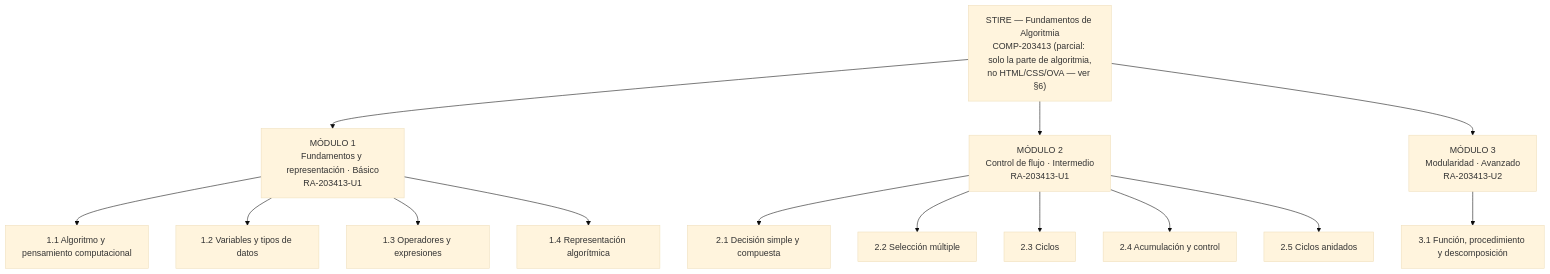
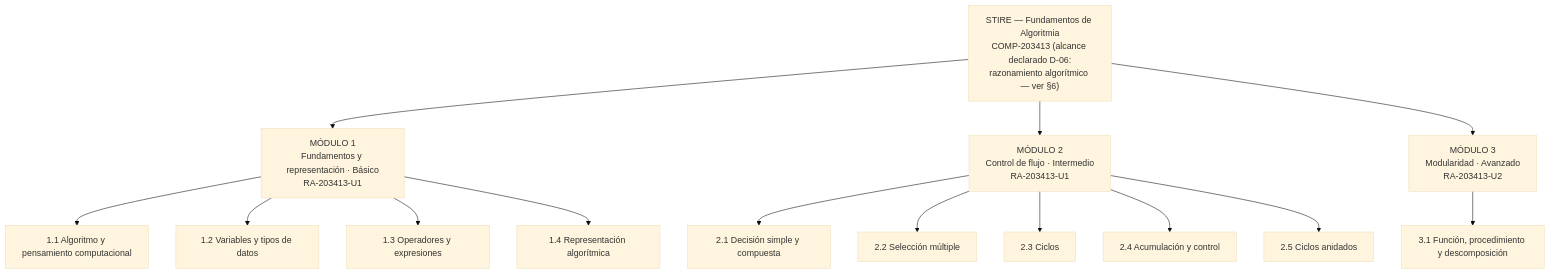
The diagram in docs/modesec/contenidos/3.1_DIAGRAMA_CONTENIDOS.md (Jeider-Gomez/Stire-Soft), drawn with Mermaid (base theme) before and after one commit. The commit also changed other lines of this file and 2 other files, not shown here.

````diff
--- a/docs/modesec/contenidos/3.1_DIAGRAMA_CONTENIDOS.md
+++ b/docs/modesec/contenidos/3.1_DIAGRAMA_CONTENIDOS.md
@@ -53,17 +54,17 @@
 ```mermaid
 graph TD
-    S["STIRE — Fundamentos de Algoritmia<br/>COMP-203413 (parcial: solo la parte de algoritmia,<br/>no HTML/CSS/OVA — ver §6)"]
+    S["STIRE — Fundamentos de Algoritmia<br/>COMP-203413 (alcance declarado D-06:<br/>razonamiento algorítmico — ver §6)"]
     S --> M1["MÓDULO 1<br/>Fundamentos y representación · Básico<br/>RA-203413-U1"]
     S --> M2["MÓDULO 2<br/>Control de flujo · Intermedio<br/>RA-203413-U1"]
     S --> M3["MÓDULO 3<br/>Modularidad · Avanzado<br/>RA-203413-U2"]
     M1 --> T11["1.1 Algoritmo y pensamiento computacional"]
     M1 --> T12["1.2 Variables y tipos de datos"]
     M1 --> T13["1.3 Operadores y expresiones"]
     M1 --> T14["1.4 Representación algorítmica"]
     M2 --> T21["2.1 Decisión simple y compuesta"]
     M2 --> T22["2.2 Selección múltiple"]
     M2 --> T23["2.3 Ciclos"]
     M2 --> T24["2.4 Acumulación y control"]
     M2 --> T25["2.5 Ciclos anidados"]
     M3 --> T31["3.1 Función, procedimiento y descomposición"]
 ```
````
